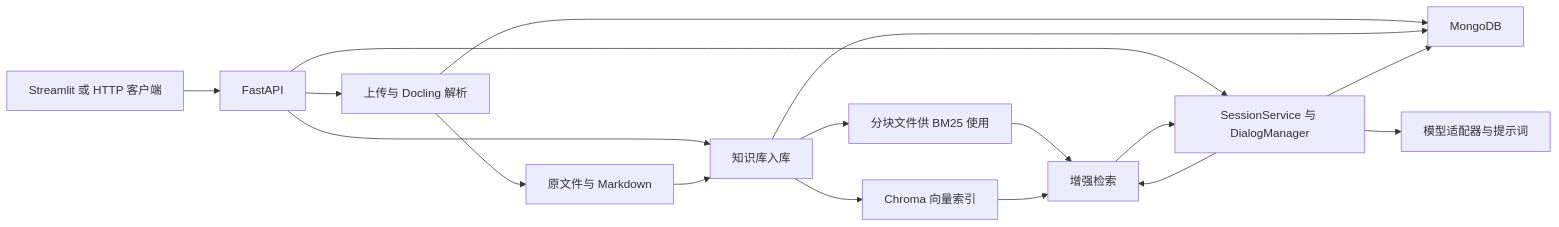
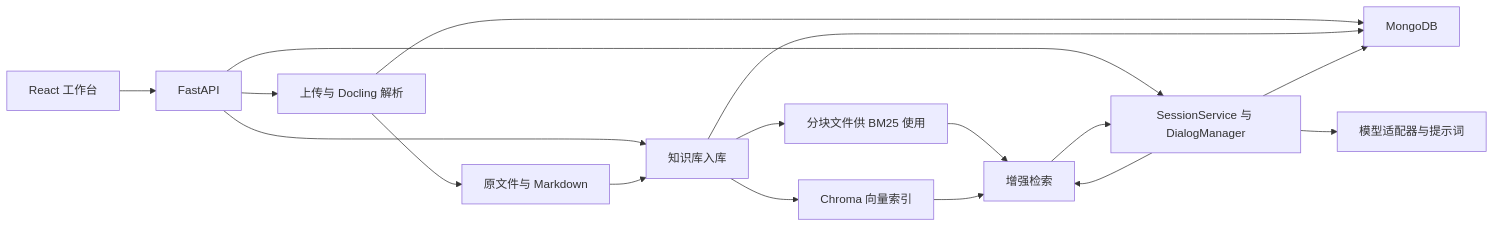
The diagram in docs/ARCHITECTURE.md (kaleid0/rag-agent-v3), drawn with Mermaid before and after one commit. The commit also changed other lines of this file and 144 other files, not shown here.

````diff
--- a/docs/ARCHITECTURE.md
+++ b/docs/ARCHITECTURE.md
@@ -7,19 +7,19 @@
 ```mermaid
 flowchart LR
-    UI["Streamlit 或 HTTP 客户端"] --> API["FastAPI"]
+    UI["React 工作台"] --> API["FastAPI"]
     API --> DOC["上传与 Docling 解析"]
     DOC --> FILES["原文件与 Markdown"]
     DOC --> DB["MongoDB"]
     API --> KB["知识库入库"]
     FILES --> KB
     KB --> DB
     KB --> PKL["分块文件供 BM25 使用"]
     KB --> VEC["Chroma 向量索引"]
     API --> SESSION["SessionService 与 DialogManager"]
     SESSION --> DB
     SESSION --> RAG["增强检索"]
     PKL --> RAG
     VEC --> RAG
     RAG --> SESSION
     SESSION --> LLM["模型适配器与提示词"]
 ```
````
